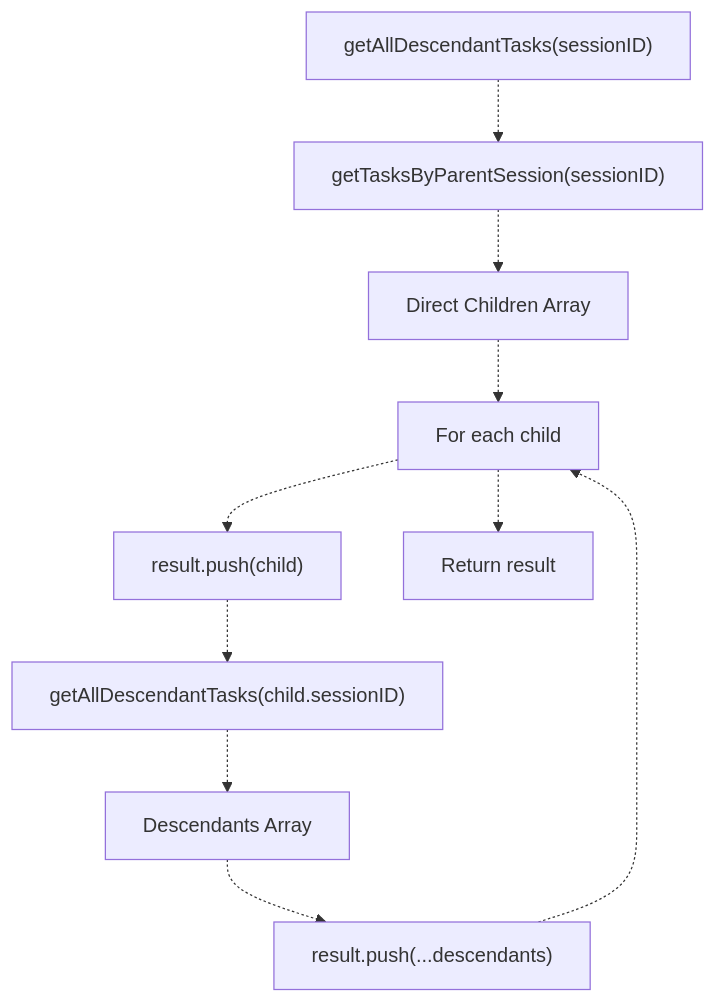
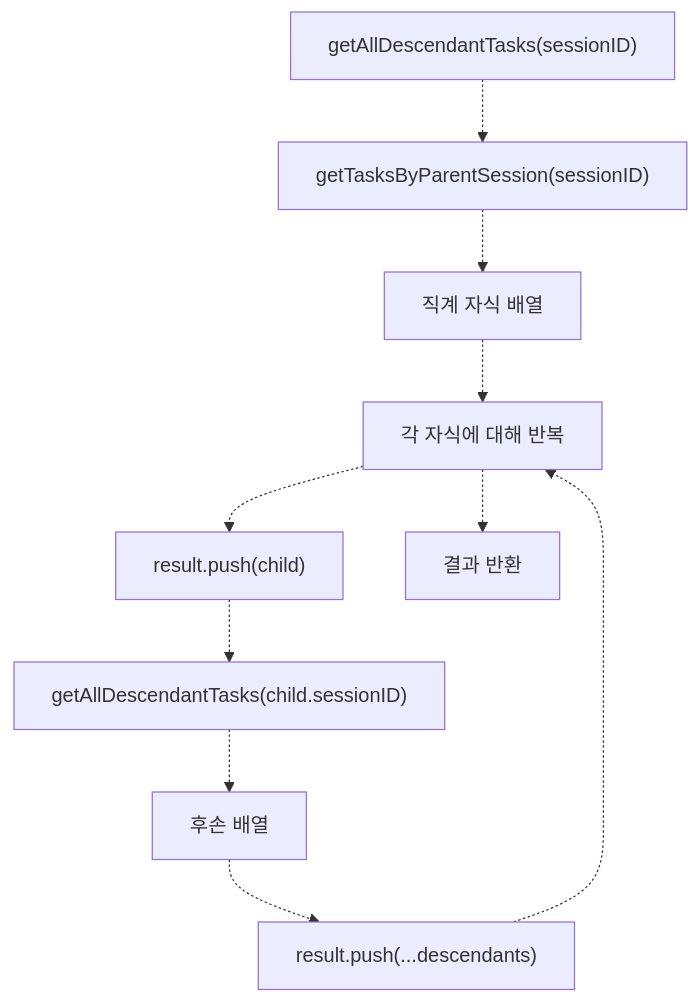
One commit to felipetruman/oh-my-opencode-docs changed the fifth of 8 diagrams in docs/background-execution/background-manager.md. Above: the diagram before and after it, drawn with Mermaid. The commit also changed other lines of this file and 76 other files, not shown here.

````diff
--- a/docs/background-execution/background-manager.md
+++ b/docs/background-execution/background-manager.md
@@ -224,23 +224,23 @@
 ```mermaid
 flowchart TD
 
 Input["getAllDescendantTasks(sessionID)"]
 GetDirect["getTasksByParentSession(sessionID)"]
-DirectChildren["Direct Children Array"]
-Loop["For each child"]
+DirectChildren["직계 자식 배열"]
+Loop["각 자식에 대해 반복"]
 AddChild["result.push(child)"]
 Recurse["getAllDescendantTasks(child.sessionID)"]
-Descendants["Descendants Array"]
+Descendants["후손 배열"]
 AddDescendants["result.push(...descendants)"]
-Return["Return result"]
+Return["결과 반환"]
 
 Input -.-> GetDirect
 GetDirect -.-> DirectChildren
 DirectChildren -.-> Loop
 Loop -.-> AddChild
 AddChild -.-> Recurse
 Recurse -.-> Descendants
 Descendants -.-> AddDescendants
 AddDescendants -.-> Loop
 Loop -.-> Return
 ```
````
